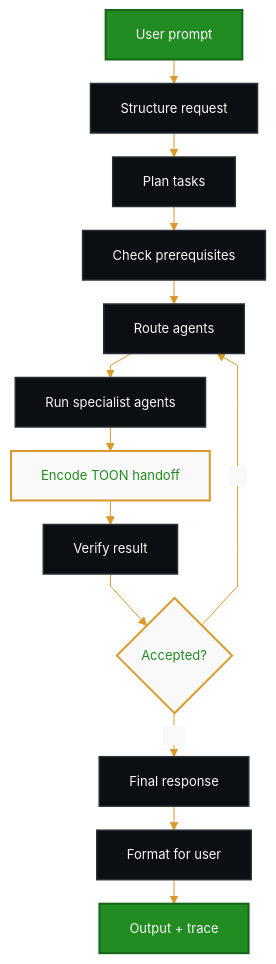
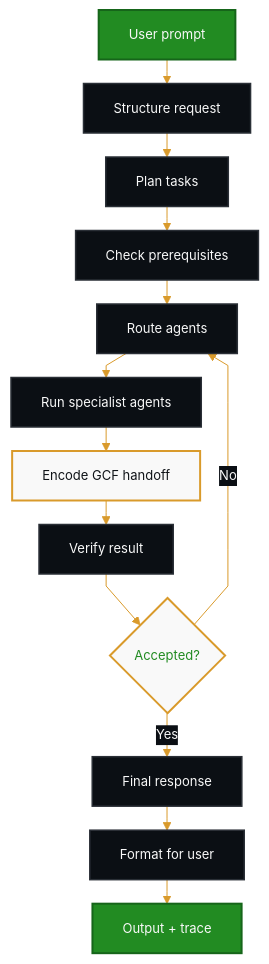
One commit to Hassaan146/agentic-ai-workflow changed the first of 10 diagrams in docs/diagrams.md. Above: the diagram before and after it, drawn with Mermaid. The commit also changed other lines of this file and 18 other files, not shown here.

````diff
--- a/docs/diagrams.md
+++ b/docs/diagrams.md
@@ -49,25 +49,26 @@
 ```mermaid
-%%{init: {'theme': 'base', 'flowchart': {'nodeSpacing': 18, 'rankSpacing': 24, 'curve': 'linear'}, 'themeVariables': {'fontSize': '13px', 'primaryColor': '#228B22', 'primaryTextColor': '#F9F9F9', 'primaryBorderColor': '#16651A', 'lineColor': '#D99A2B', 'secondaryColor': '#F9F9F9', 'secondaryTextColor': '#228B22', 'secondaryBorderColor': '#D99A2B', 'tertiaryColor': '#0B0F14', 'tertiaryTextColor': '#F9F9F9', 'tertiaryBorderColor': '#2A2F36', 'background': '#070B10', 'mainBkg': '#228B22', 'secondBkg': '#F9F9F9', 'textColor': '#F9F9F9', 'edgeLabelBackground': '#F9F9F9'}}}%%
+%%{init: {"theme":"base","flowchart":{"nodeSpacing":18,"rankSpacing":24,"curve":"linear"},"themeVariables":{"fontSize":"13px","background":"#070B10","primaryColor":"#228B22","primaryTextColor":"#F9F9F9","primaryBorderColor":"#16651A","secondaryColor":"#F9F9F9","secondaryTextColor":"#101418","secondaryBorderColor":"#D99A2B","tertiaryColor":"#0B0F14","tertiaryTextColor":"#F9F9F9","tertiaryBorderColor":"#2A2F36","lineColor":"#D99A2B","textColor":"#F9F9F9","edgeLabelBackground":"#0B0F14"}}}%%
 flowchart TD
     A["User prompt"] --> B["Structure request"]
     B --> C["Plan tasks"]
     C --> D["Check prerequisites"]
     D --> E["Route agents"]
     E --> F["Run specialist agents"]
-    F --> G["Encode TOON handoff"]
+    F --> G["Encode GCF handoff"]
     G --> H["Verify result"]
     H --> I{"Accepted?"}
     I -->|No| E
     I -->|Yes| J["Final response"]
     J --> K["Format for user"]
     K --> L["Output + trace"]
 
     classDef primary fill:#228B22,stroke:#16651A,color:#F9F9F9,stroke-width:2px;
     classDef dark fill:#0B0F14,stroke:#2A2F36,color:#F9F9F9,stroke-width:1.5px;
-    classDef toon fill:#F9F9F9,stroke:#D99A2B,color:#228B22,stroke-width:2px;
+    classDef gcf fill:#F9F9F9,stroke:#D99A2B,color:#101418,stroke-width:2px;
     classDef decision fill:#F9F9F9,stroke:#D99A2B,color:#228B22,stroke-width:2px;
+
     class A,L primary;
     class B,C,D,E,F,H,J,K dark;
-    class G toon;
+    class G gcf;
     class I decision;
 ```
````
